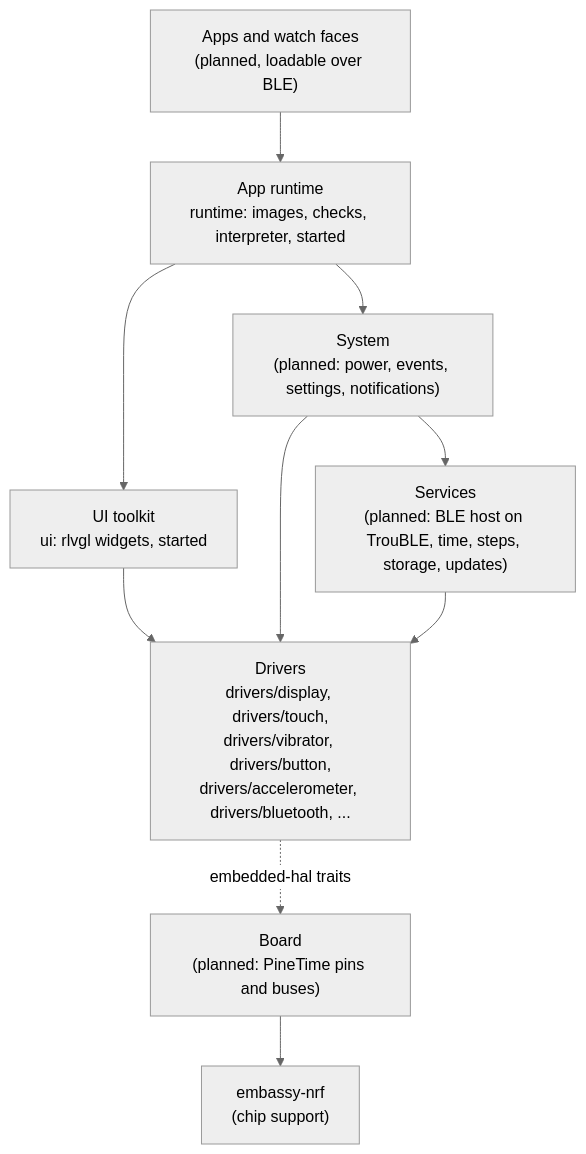
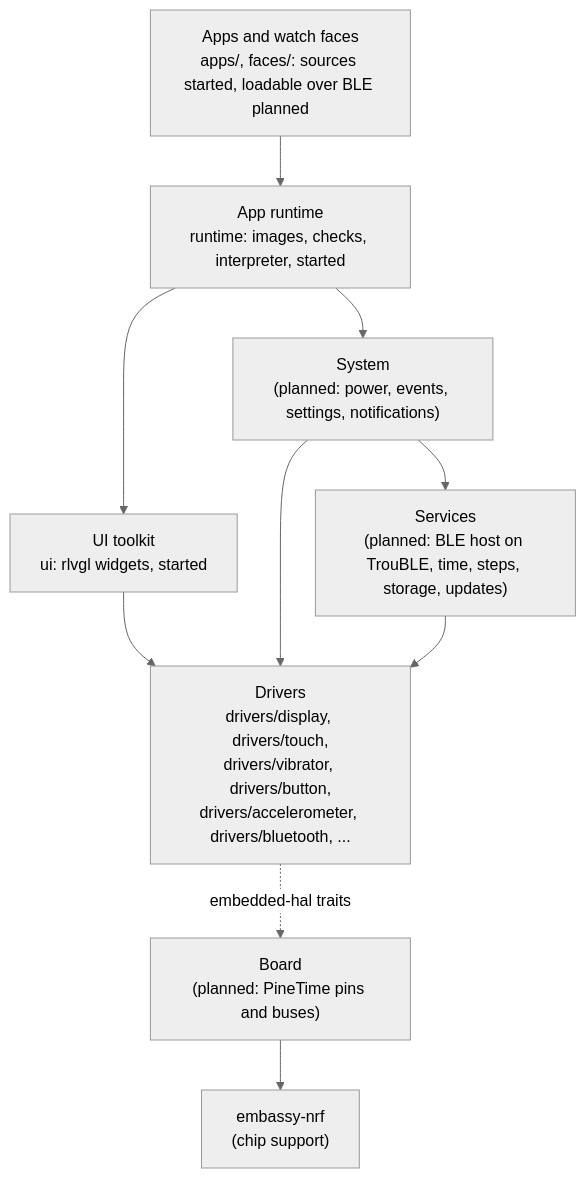
Before and after one commit to BeatLink/BattleTime: the diagram in docs/architecture.md, drawn with Mermaid (neutral theme). The commit also changed other lines of this file and 15 other files, not shown here.

First line of the commit message:
feat(faces): port the InfiniTime and wasp-os watch faces

````diff
--- a/docs/architecture.md
+++ b/docs/architecture.md
@@ -28,21 +28,21 @@
 ```mermaid
 flowchart TB
-    apps["Apps and watch faces<br/>(planned, loadable over BLE)"]
+    apps["Apps and watch faces<br/>apps/, faces/: sources started, loadable over BLE planned"]
     runtime["App runtime<br/>runtime: images, checks, interpreter, started"]
     ui["UI toolkit<br/>ui: rlvgl widgets, started"]
     system["System<br/>(planned: power, events, settings, notifications)"]
     services["Services<br/>(planned: BLE host on TrouBLE, time, steps, storage, updates)"]
     drivers["Drivers<br/>drivers/display, drivers/touch,<br/>drivers/vibrator, drivers/button,<br/>drivers/accelerometer, drivers/bluetooth, ..."]
     board["Board<br/>(planned: PineTime pins and buses)"]
     hal["embassy-nrf<br/>(chip support)"]
 
     apps --> runtime
     runtime --> ui
     runtime --> system
     ui --> drivers
     system --> services
     system --> drivers
     services --> drivers
     drivers -. embedded-hal traits .-> board
     board --> hal
 ```
````
